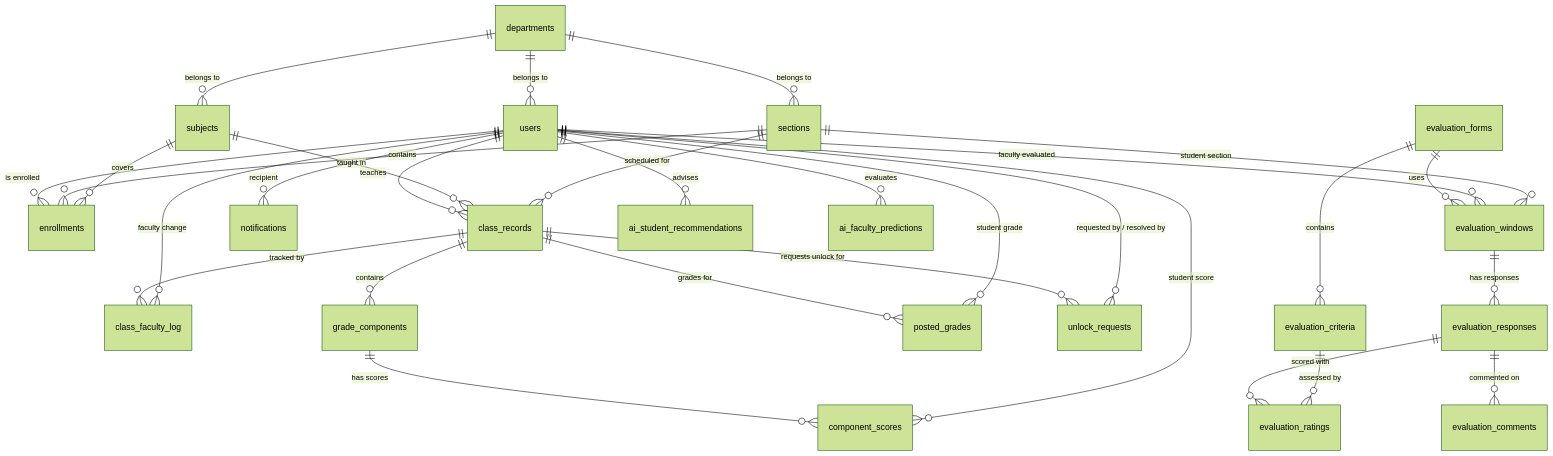
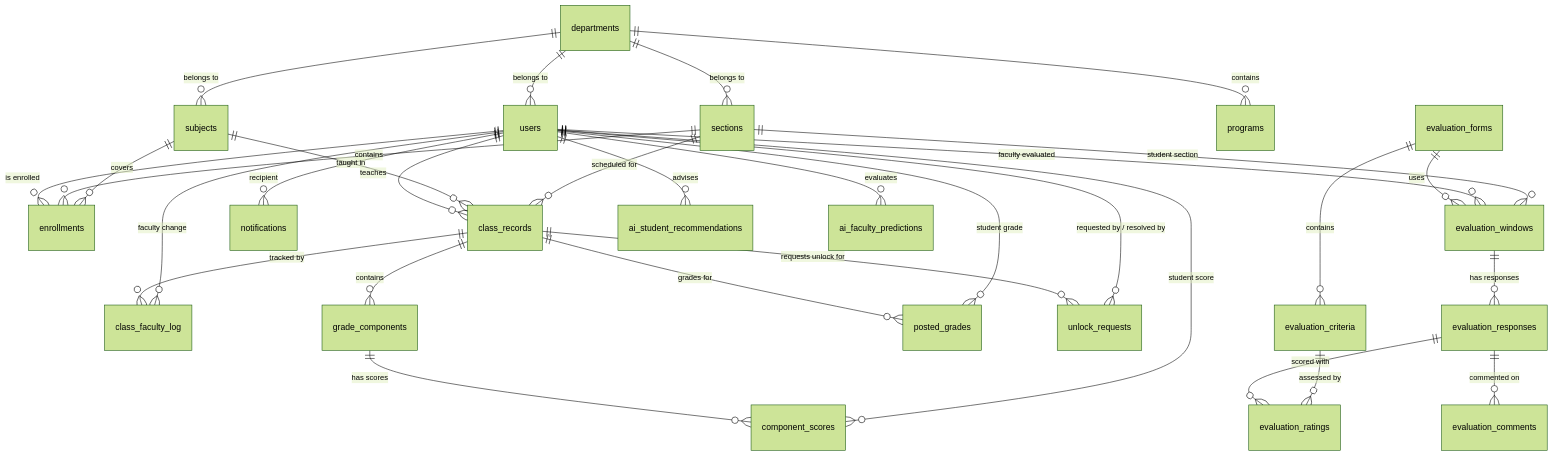
The diagram in SAGE_DATABASE_SCHEMA.md (kurarensu16/sage), drawn with Mermaid (forest theme) before and after one commit. The commit also changed other lines of this file and 88 other files, not shown here.

````diff
--- a/SAGE_DATABASE_SCHEMA.md
+++ b/SAGE_DATABASE_SCHEMA.md
@@ -9,42 +9,43 @@
 ```mermaid
 erDiagram
     departments ||--o{ users : "belongs to"
     departments ||--o{ subjects : "belongs to"
     departments ||--o{ sections : "belongs to"
+    departments ||--o{ programs : "contains"
     
     users ||--o{ enrollments : "is enrolled"
     sections ||--o{ enrollments : "contains"
     subjects ||--o{ enrollments : "covers"
     
     users ||--o{ class_records : "teaches"
     subjects ||--o{ class_records : "taught in"
     sections ||--o{ class_records : "scheduled for"
     
     class_records ||--o{ class_faculty_log : "tracked by"
     users ||--o{ class_faculty_log : "faculty change"
     
     class_records ||--o{ grade_components : "contains"
     grade_components ||--o{ component_scores : "has scores"
     users ||--o{ component_scores : "student score"
     
     class_records ||--o{ posted_grades : "grades for"
     users ||--o{ posted_grades : "student grade"
     
     class_records ||--o{ unlock_requests : "requests unlock for"
     users ||--o{ unlock_requests : "requested by / resolved by"
     
     users ||--o{ notifications : "recipient"
     
     evaluation_forms ||--o{ evaluation_criteria : "contains"
     evaluation_forms ||--o{ evaluation_windows : "uses"
     users ||--o{ evaluation_windows : "faculty evaluated"
     sections ||--o{ evaluation_windows : "student section"
     
     evaluation_windows ||--o{ evaluation_responses : "has responses"
     evaluation_responses ||--o{ evaluation_ratings : "scored with"
     evaluation_criteria ||--o{ evaluation_ratings : "assessed by"
     evaluation_responses ||--o{ evaluation_comments : "commented on"
     
     users ||--o{ ai_student_recommendations : "advises"
     users ||--o{ ai_faculty_predictions : "evaluates"
 ```
````
